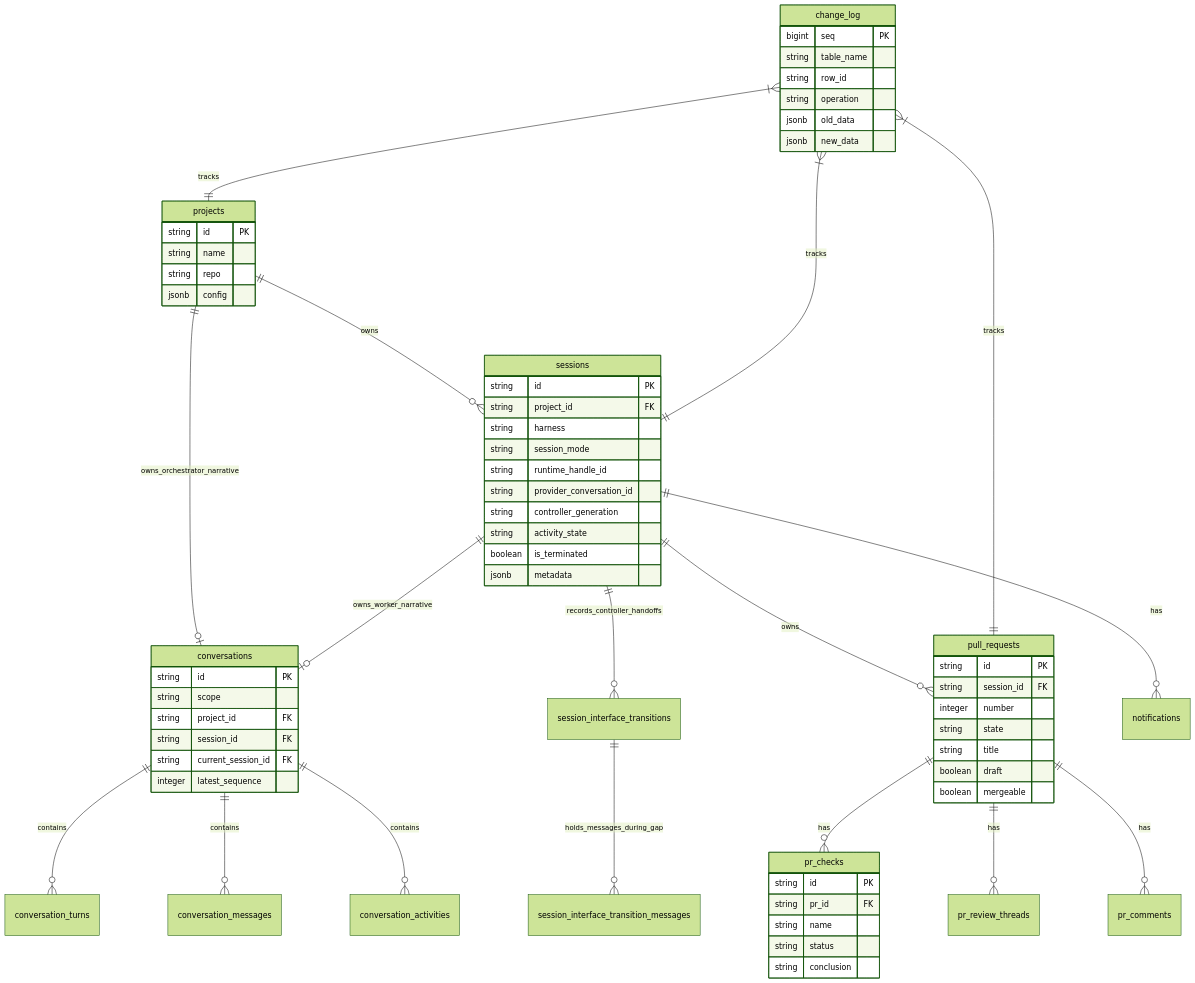
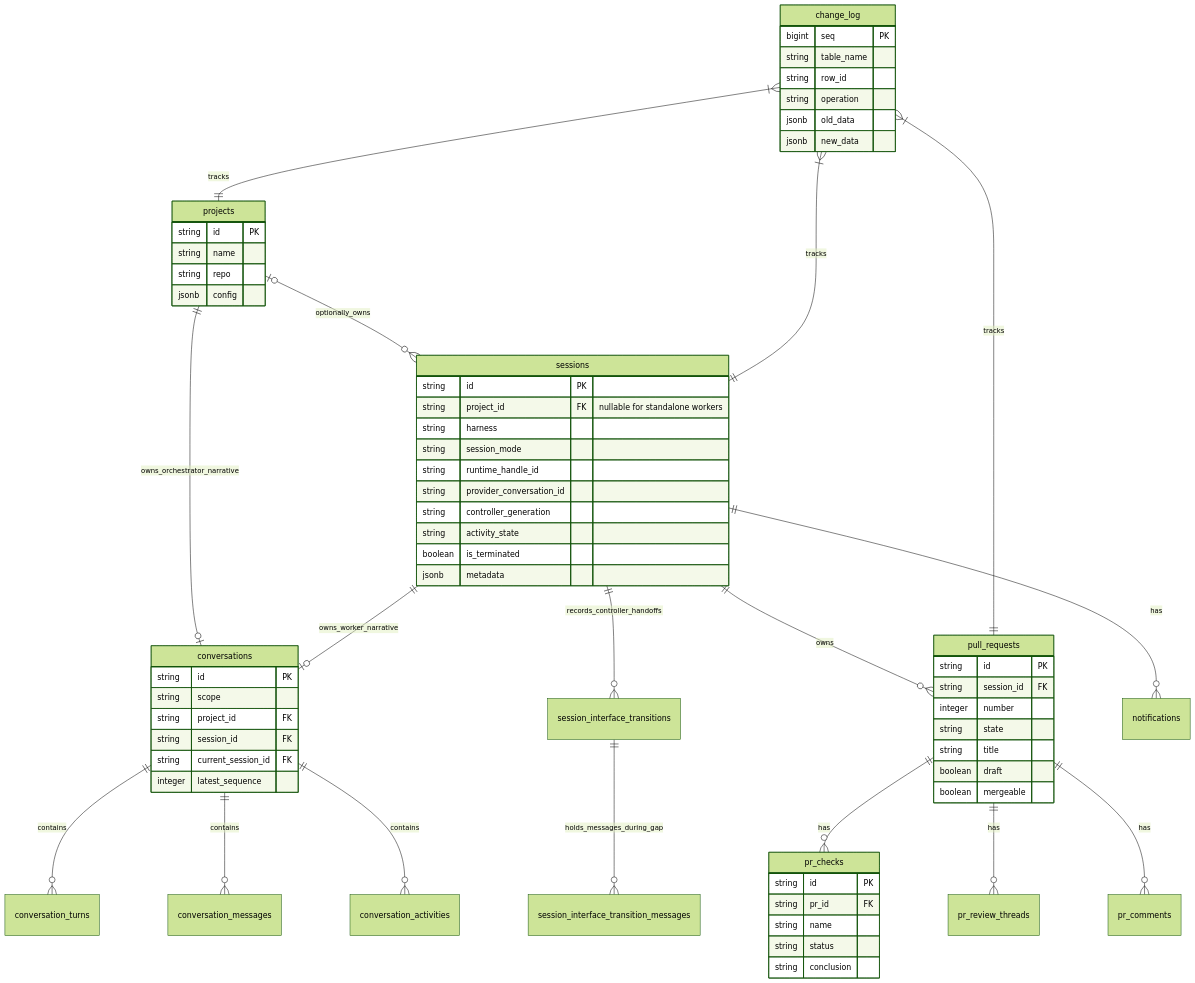
One commit to ComposioHQ/agent-orchestrator changed diagram 11 of 24 in docs/architecture.md. Above: the diagram before and after it, drawn with Mermaid (forest theme). The commit also changed other lines of this file and 19 other files, not shown here.

````diff
--- a/docs/architecture.md
+++ b/docs/architecture.md
@@ -465,75 +472,75 @@
 ```mermaid
 erDiagram
-    projects ||--o{ sessions : owns
+    projects o|--o{ sessions : optionally_owns
     projects ||--o| conversations : owns_orchestrator_narrative
     sessions ||--o| conversations : owns_worker_narrative
     sessions ||--o{ session_interface_transitions : records_controller_handoffs
     session_interface_transitions ||--o{ session_interface_transition_messages : holds_messages_during_gap
     conversations ||--o{ conversation_turns : contains
     conversations ||--o{ conversation_messages : contains
     conversations ||--o{ conversation_activities : contains
     sessions ||--o{ pull_requests : owns
     pull_requests ||--o{ pr_checks : has
     pull_requests ||--o{ pr_review_threads : has
     pull_requests ||--o{ pr_comments : has
     sessions ||--o{ notifications : has
     change_log }|--|| projects : tracks
     change_log }|--|| sessions : tracks
     change_log }|--|| pull_requests : tracks
 
     projects {
         string id PK
         string name
         string repo
         jsonb config
     }
 
     sessions {
         string id PK
-        string project_id FK
+        string project_id FK "nullable for standalone workers"
         string harness
         string session_mode
         string runtime_handle_id
         string provider_conversation_id
         string controller_generation
         string activity_state
         boolean is_terminated
         jsonb metadata
     }
 
     conversations {
         string id PK
         string scope
         string project_id FK
         string session_id FK
         string current_session_id FK
         integer latest_sequence
     }
 
     pull_requests {
         string id PK
         string session_id FK
         integer number
         string state
         string title
         boolean draft
         boolean mergeable
     }
 
     pr_checks {
         string id PK
         string pr_id FK
         string name
         string status
         string conclusion
     }
 
     change_log {
         bigint seq PK
         string table_name
         string row_id
         string operation
         jsonb old_data
         jsonb new_data
     }
 ```
````
